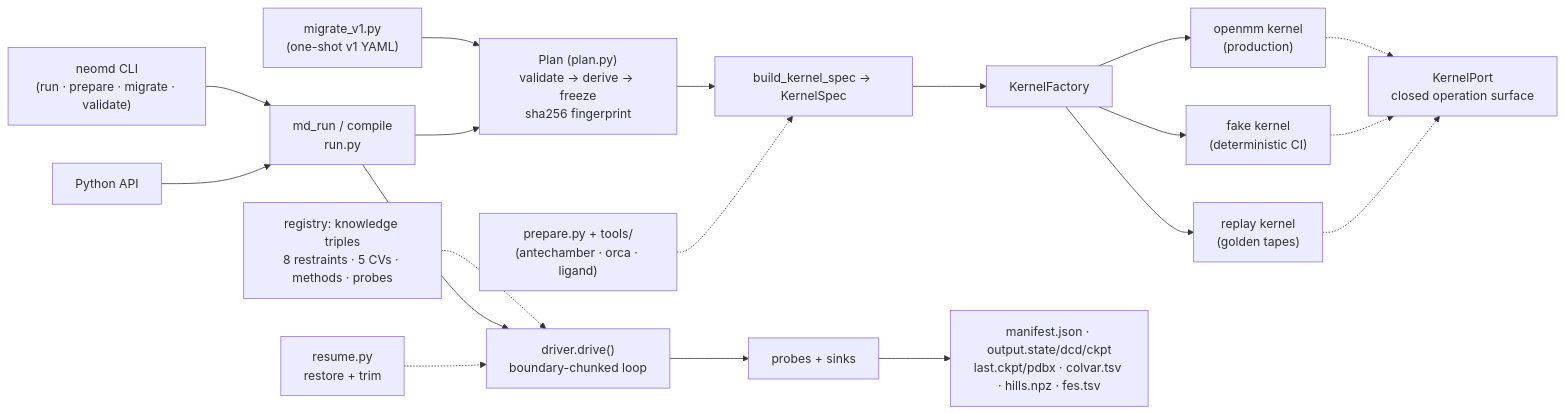
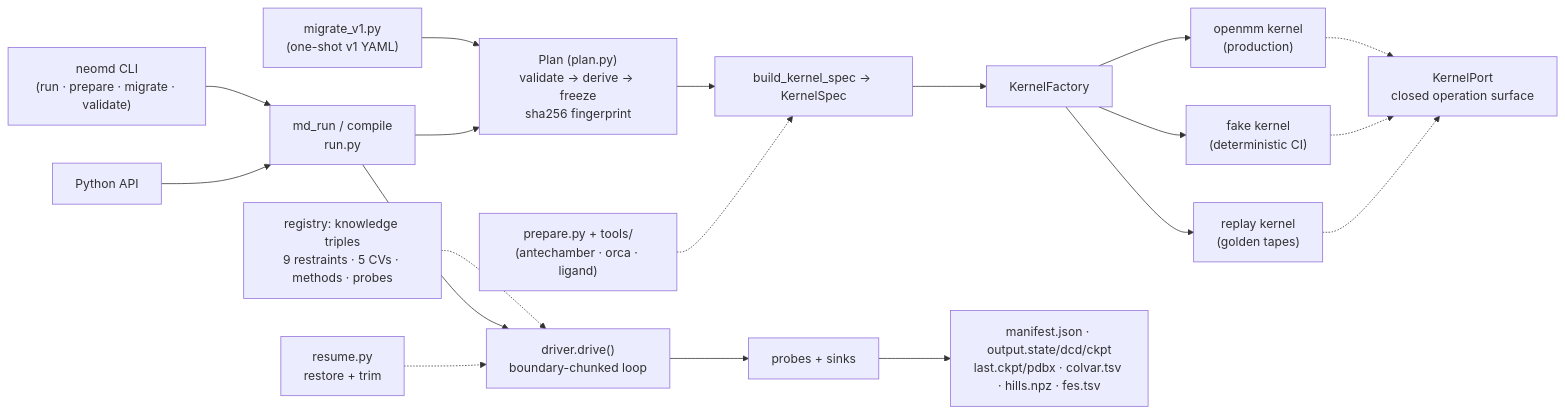
The diagram in README.md (NeoBinder/NeoDynamics), drawn with Mermaid before and after one commit. The commit also changed other lines of this file and 18 other files, not shown here.

````diff
--- a/README.md
+++ b/README.md
@@ -161,17 +161,17 @@
 ```mermaid
 flowchart LR
     CLI["neomd CLI<br/>(run · prepare · migrate · validate)"] --> MR["md_run / compile<br/>run.py"]
     PY["Python API"] --> MR
     MV["migrate_v1.py<br/>(one-shot v1 YAML)"] --> PL["Plan (plan.py)<br/>validate → derive → freeze<br/>sha256 fingerprint"]
     MR --> PL --> KS["build_kernel_spec → KernelSpec"]
     KS --> FAC["KernelFactory"]
     FAC --> OM["openmm kernel<br/>(production)"]
     FAC --> FK["fake kernel<br/>(deterministic CI)"]
     FAC --> RP["replay kernel<br/>(golden tapes)"]
     OM & FK & RP -.-> PORT["KernelPort<br/>closed operation surface"]
-    REG["registry: knowledge triples<br/>8 restraints · 5 CVs · methods · probes"] -.-> DRV
+    REG["registry: knowledge triples<br/>9 restraints · 5 CVs · methods · probes"] -.-> DRV
     MR --> DRV["driver.drive()<br/>boundary-chunked loop"]
     RES["resume.py<br/>restore + trim"] -.-> DRV
     DRV --> PRB["probes + sinks"] --> ART["manifest.json · output.state/dcd/ckpt<br/>last.ckpt/pdbx · colvar.tsv · hills.npz · fes.tsv"]
     PRE["prepare.py + tools/<br/>(antechamber · orca · ligand)"] -.-> KS
 ```
````
